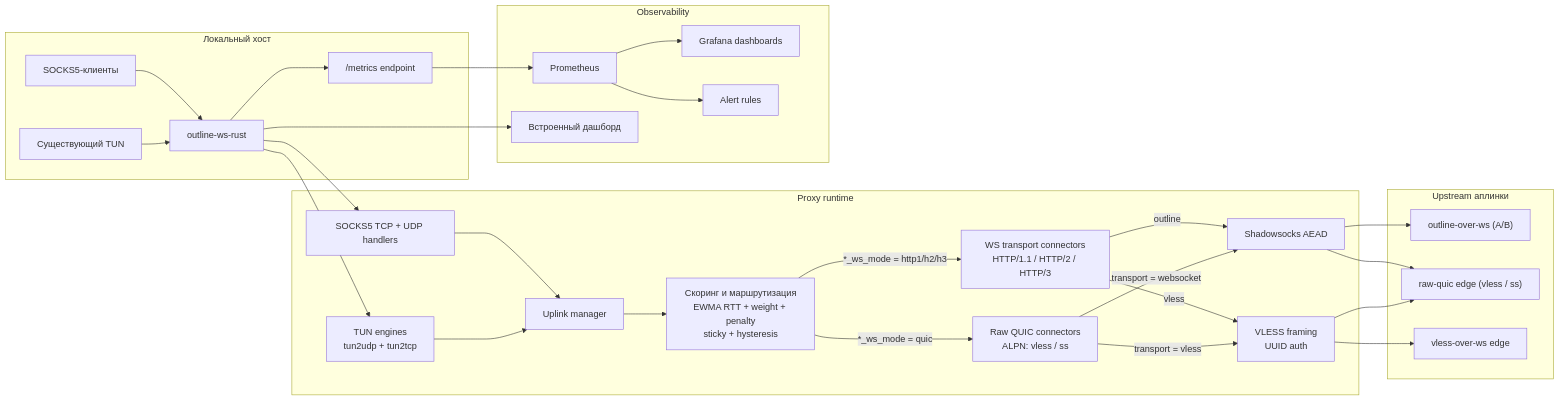
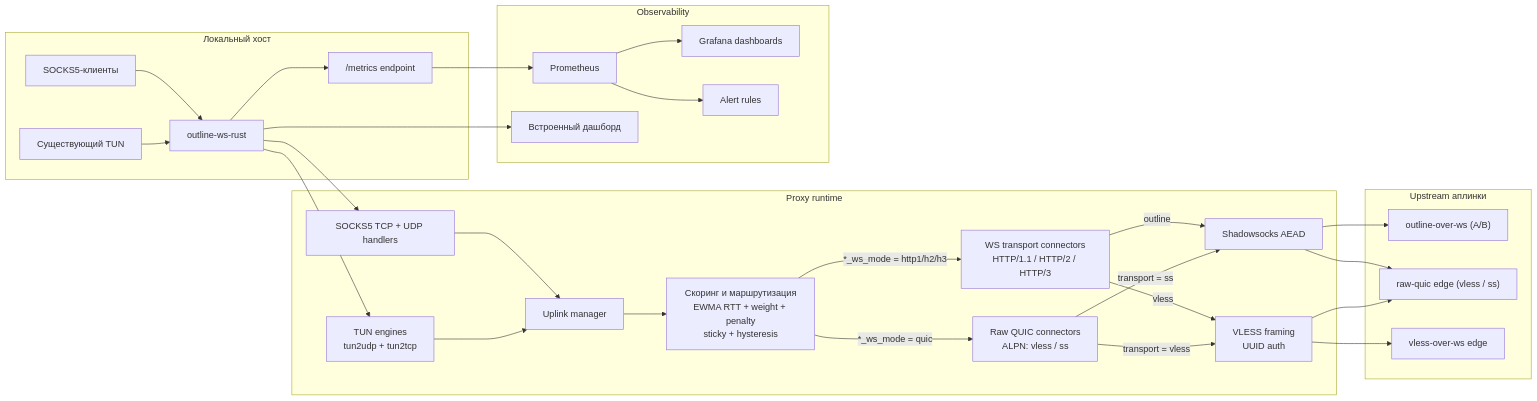
The diagram in bins/outline-ws-rust/README.ru.md (balookrd/outline-proxy), drawn with Mermaid before and after one commit. The commit also changed other lines of this file and 44 other files, not shown here.

````diff
--- a/bins/outline-ws-rust/README.ru.md
+++ b/bins/outline-ws-rust/README.ru.md
@@ -38,64 +38,64 @@
 ```mermaid
 flowchart LR
     subgraph LocalHost["Локальный хост"]
         C["SOCKS5-клиенты"]
         T["Существующий TUN"]
         P["outline-ws-rust"]
         M["/metrics endpoint"]
         C --> P
         T --> P
         P --> M
     end
 
     subgraph Runtime["Proxy runtime"]
         S["SOCKS5 TCP + UDP handlers"]
         U["Uplink manager"]
         LB["Скоринг и маршрутизация
 EWMA RTT + weight + penalty
 sticky + hysteresis"]
         WS["WS transport connectors
 HTTP/1.1 / HTTP/2 / HTTP/3"]
         QC["Raw QUIC connectors
 ALPN: vless / ss"]
         SS["Shadowsocks AEAD"]
         VL["VLESS framing
 UUID auth"]
         TT["TUN engines
 tun2udp + tun2tcp"]
     end
 
     P --> S
     P --> TT
     S --> U
     TT --> U
     U --> LB
     LB -->|"*_ws_mode = http1/h2/h3"| WS
     LB -->|"*_ws_mode = quic"| QC
     WS -->|"outline"| SS
     WS -->|"vless"| VL
-    QC -->|"transport = websocket"| SS
+    QC -->|"transport = ss"| SS
     QC -->|"transport = vless"| VL
 
     subgraph Upstream["Upstream аплинки"]
         O1["outline-over-ws (A/B)"]
         O2["raw-quic edge (vless / ss)"]
         O4["vless-over-ws edge"]
     end
 
     SS --> O1
     SS --> O2
     VL --> O4
     VL --> O2
 
     subgraph Observability["Observability"]
         PR["Prometheus"]
         DASH["Встроенный дашборд"]
         GD["Grafana dashboards"]
         AL["Alert rules"]
     end
 
     M --> PR
     P --> DASH
     PR --> GD
     PR --> AL
 ```
````
